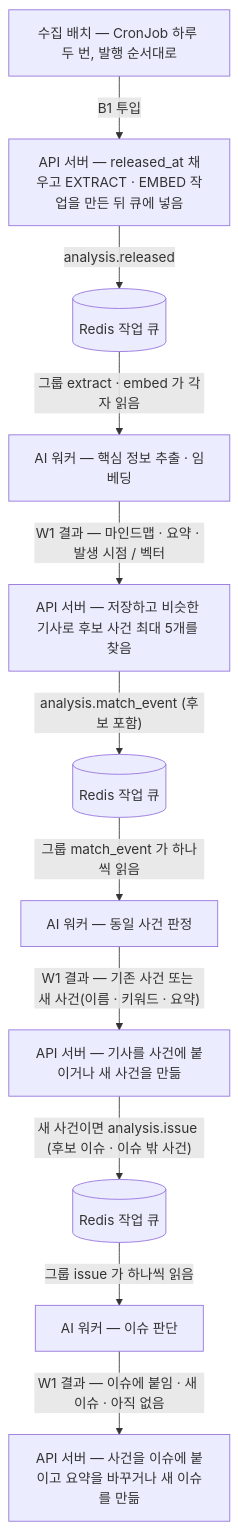
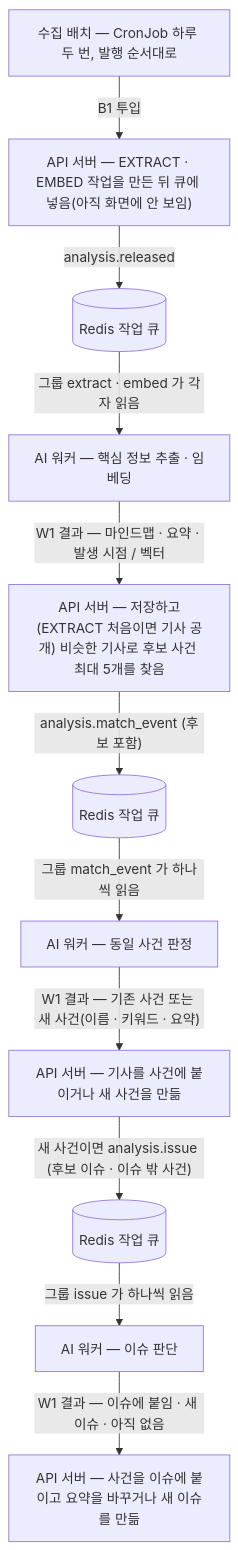
Before and after one commit to a102-NEWLEARN/NEW-LEARN: the first of 3 diagrams in docs/api-internal.md, drawn with Mermaid. The commit also changed other lines of this file and 18 other files, not shown here.

````diff
--- a/docs/api-internal.md
+++ b/docs/api-internal.md
@@ -20,13 +20,13 @@
 ```mermaid
 flowchart TD
-  B["수집 배치 — CronJob 하루 두 번, 발행 순서대로"] -->|"B1 투입"| A1["API 서버 — released_at 채우고 EXTRACT · EMBED 작업을 만든 뒤 큐에 넣음"]
+  B["수집 배치 — CronJob 하루 두 번, 발행 순서대로"] -->|"B1 투입"| A1["API 서버 — EXTRACT · EMBED 작업을 만든 뒤 큐에 넣음(아직 화면에 안 보임)"]
   A1 -->|"analysis.released"| Q1[("Redis 작업 큐")]
   Q1 -->|"그룹 extract · embed 가 각자 읽음"| W1["AI 워커 — 핵심 정보 추출 · 임베딩"]
-  W1 -->|"W1 결과 — 마인드맵 · 요약 · 발생 시점 / 벡터"| A2["API 서버 — 저장하고 비슷한 기사로 후보 사건 최대 5개를 찾음"]
+  W1 -->|"W1 결과 — 마인드맵 · 요약 · 발생 시점 / 벡터"| A2["API 서버 — 저장하고(EXTRACT 처음이면 기사 공개) 비슷한 기사로 후보 사건 최대 5개를 찾음"]
   A2 -->|"analysis.match_event (후보 포함)"| Q2[("Redis 작업 큐")]
   Q2 -->|"그룹 match_event 가 하나씩 읽음"| W2["AI 워커 — 동일 사건 판정"]
   W2 -->|"W1 결과 — 기존 사건 또는 새 사건(이름 · 키워드 · 요약)"| A3["API 서버 — 기사를 사건에 붙이거나 새 사건을 만듦"]
   A3 -->|"새 사건이면 analysis.issue (후보 이슈 · 이슈 밖 사건)"| Q3[("Redis 작업 큐")]
   Q3 -->|"그룹 issue 가 하나씩 읽음"| W3["AI 워커 — 이슈 판단"]
   W3 -->|"W1 결과 — 이슈에 붙임 · 새 이슈 · 아직 없음"| A4["API 서버 — 사건을 이슈에 붙이고 요약을 바꾸거나 새 이슈를 만듦"]
 ```
````
